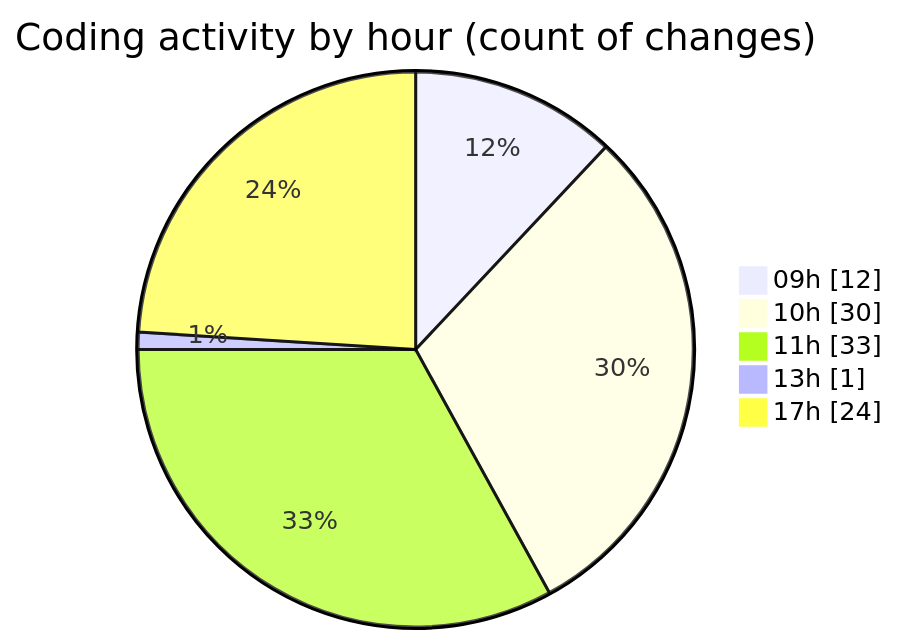
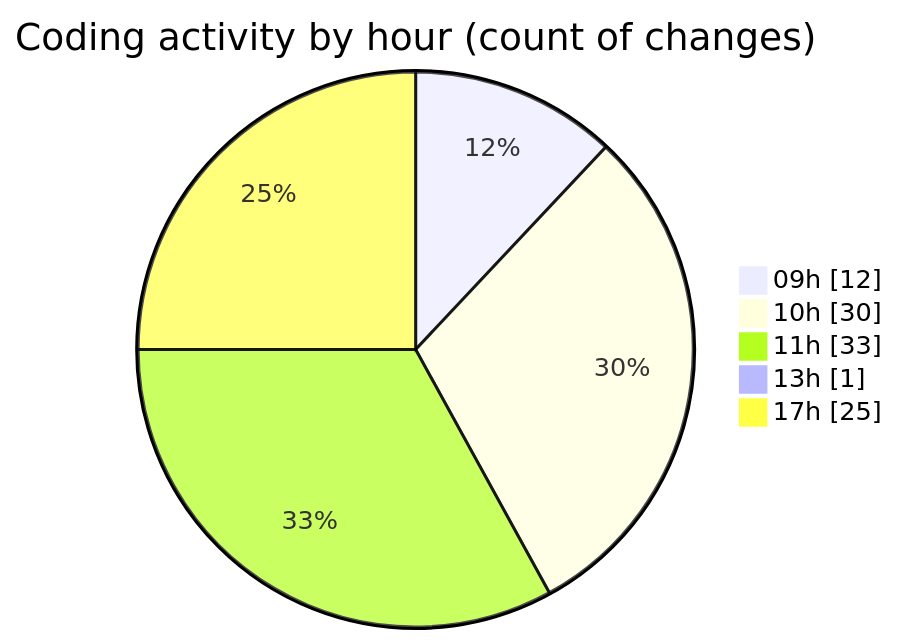
The second of 2 diagrams in 2025-02-06/cda/README.md (momahboobian/code-tracking), drawn with Mermaid before and after one commit. The commit also changed other lines of this file and 1 other file, not shown here.

````diff
--- a/2025-02-06/cda/README.md
+++ b/2025-02-06/cda/README.md
@@ -37,9 +37,9 @@
 ```mermaid
 pie showData
 title Coding activity by hour (count of changes)
 "09h" : 12
 "10h" : 30
 "11h" : 33
 "13h" : 1
-"17h" : 24
+"17h" : 25
 ```
````
